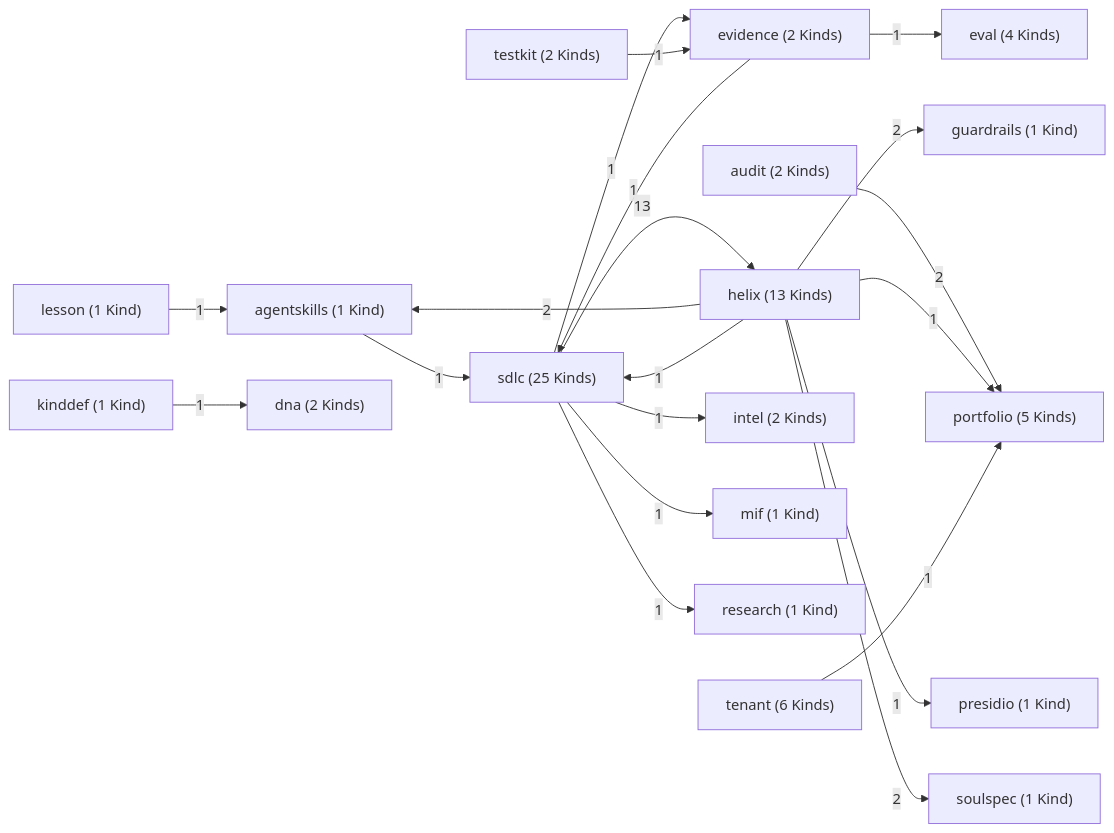
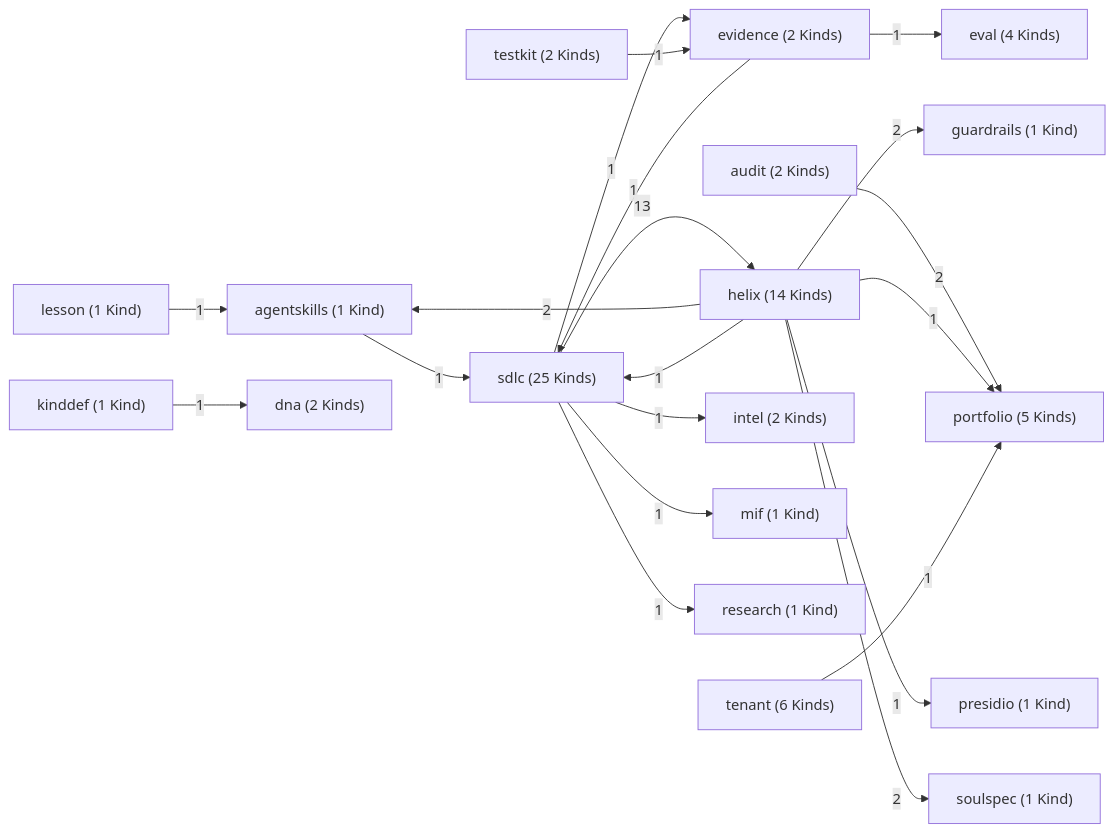
Before and after one commit to ruinosus/dna: the first of 12 diagrams in docs/reference/data-model.md, drawn with Mermaid. The commit also changed other lines of this file, not shown here.

````diff
--- a/docs/reference/data-model.md
+++ b/docs/reference/data-model.md
@@ -84,40 +84,40 @@
 ```mermaid
 flowchart LR
     agentskills["agentskills (1 Kind)"]
     audit["audit (2 Kinds)"]
     dna["dna (2 Kinds)"]
     eval["eval (4 Kinds)"]
     evidence["evidence (2 Kinds)"]
     guardrails["guardrails (1 Kind)"]
-    helix["helix (13 Kinds)"]
+    helix["helix (14 Kinds)"]
     intel["intel (2 Kinds)"]
     kinddef["kinddef (1 Kind)"]
     lesson["lesson (1 Kind)"]
     mif["mif (1 Kind)"]
     portfolio["portfolio (5 Kinds)"]
     presidio["presidio (1 Kind)"]
     research["research (1 Kind)"]
     sdlc["sdlc (25 Kinds)"]
     soulspec["soulspec (1 Kind)"]
     tenant["tenant (6 Kinds)"]
     testkit["testkit (2 Kinds)"]
     agentskills -->|1| sdlc
     audit -->|2| portfolio
     evidence -->|1| eval
     evidence -->|1| sdlc
     helix -->|2| agentskills
     helix -->|2| guardrails
     helix -->|1| portfolio
     helix -->|1| presidio
     helix -->|1| sdlc
     helix -->|2| soulspec
     kinddef -->|1| dna
     lesson -->|1| agentskills
     sdlc -->|1| evidence
     sdlc -->|13| helix
     sdlc -->|1| intel
     sdlc -->|1| mif
     sdlc -->|1| research
     tenant -->|1| portfolio
     testkit -->|1| evidence
 ```
````
